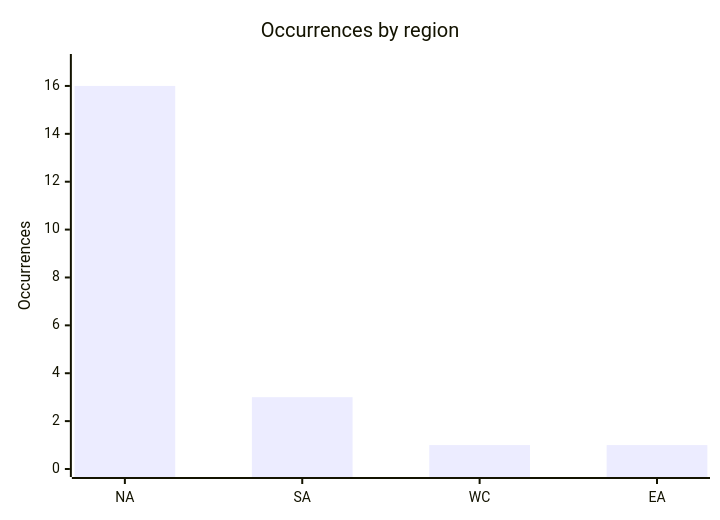
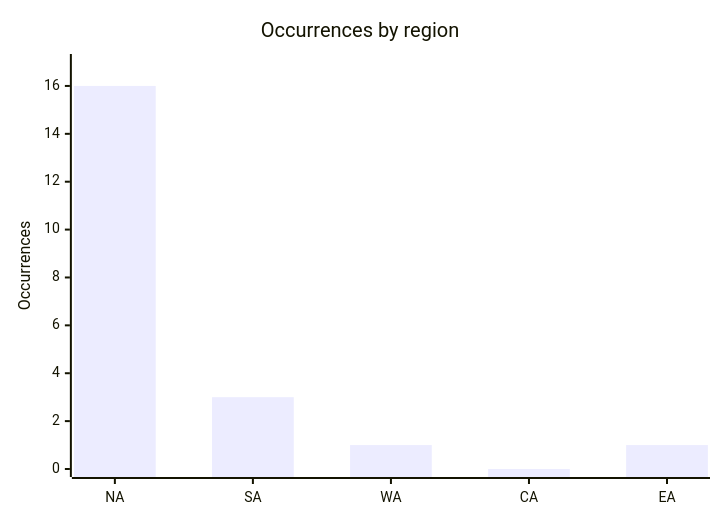
One commit to Hatchepsoute/AFRINTEL changed the fourth of 6 diagrams in CyberAttackAfrica/2025/06-june/README.md. Above: the diagram before and after it, drawn with Mermaid. The commit also changed other lines of this file and 109 other files, not shown here.

````diff
--- a/CyberAttackAfrica/2025/06-june/README.md
+++ b/CyberAttackAfrica/2025/06-june/README.md
@@ -143,7 +144,7 @@
 ```mermaid
 xychart
     title "Occurrences by region"
-    x-axis ["NA","SA","WC","EA"]
+    x-axis ["NA","SA","WA","CA","EA"]
     y-axis "Occurrences" 0 --> 17
-    bar [16,3,1,1]
+    bar [16,3,1,0,1]
 ```
````
